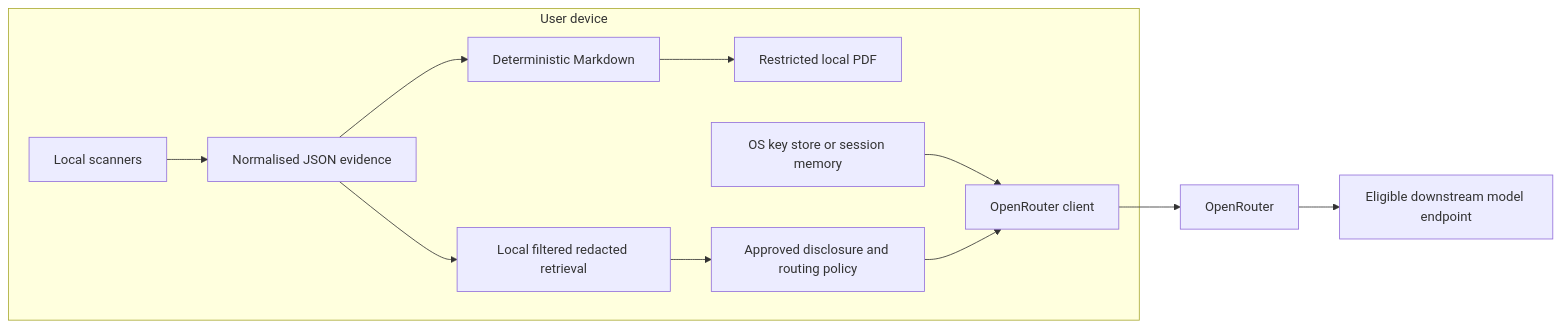
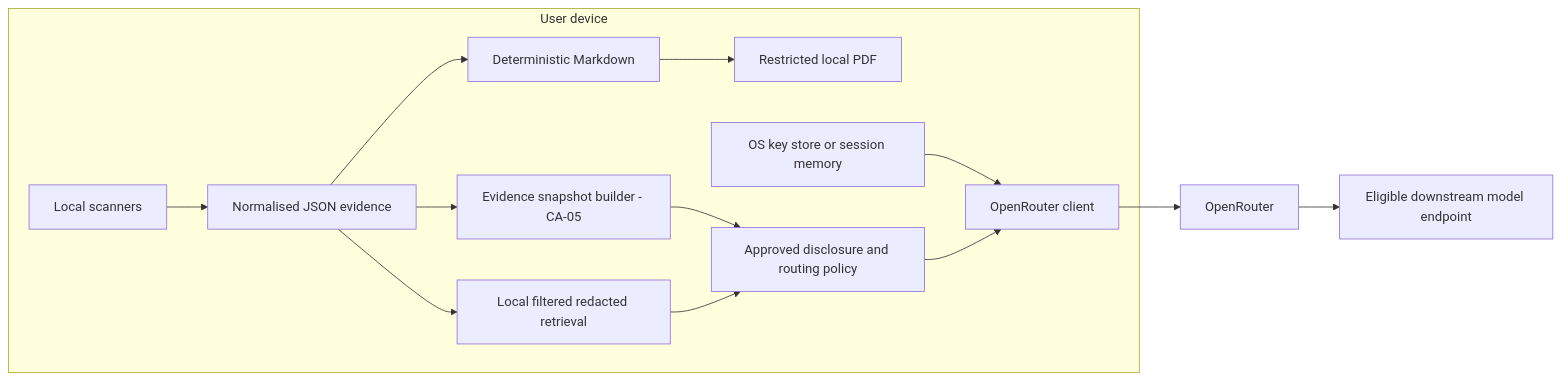
Before and after one commit to Nil2004n/CI_CD_prod: the eighth of 9 diagrams in 03_Architecture.md, drawn with Mermaid. The commit also changed other lines of this file and 19 other files, not shown here.

````diff
--- a/03_Architecture.md
+++ b/03_Architecture.md
@@ -404,14 +482,16 @@
 ```mermaid
 flowchart LR
   subgraph DEVICE[User device]
     SCAN[Local scanners] --> EVID[Normalised JSON evidence]
     EVID --> MD[Deterministic Markdown]
     MD --> PDF[Restricted local PDF]
+    EVID --> SNAP[Evidence snapshot builder - CA-05]
+    SNAP --> CONSENT
     EVID --> RET[Local filtered redacted retrieval]
     RET --> CONSENT[Approved disclosure and routing policy]
     KEY[OS key store or session memory] --> CLIENT[OpenRouter client]
     CONSENT --> CLIENT
   end
   CLIENT --> OR[OpenRouter]
   OR --> LLM[Eligible downstream model endpoint]
 ```
````
